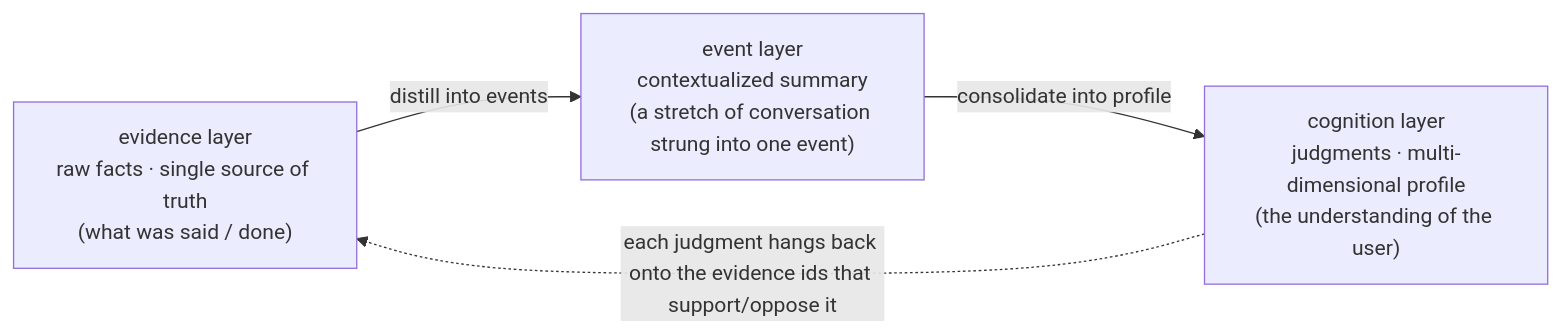
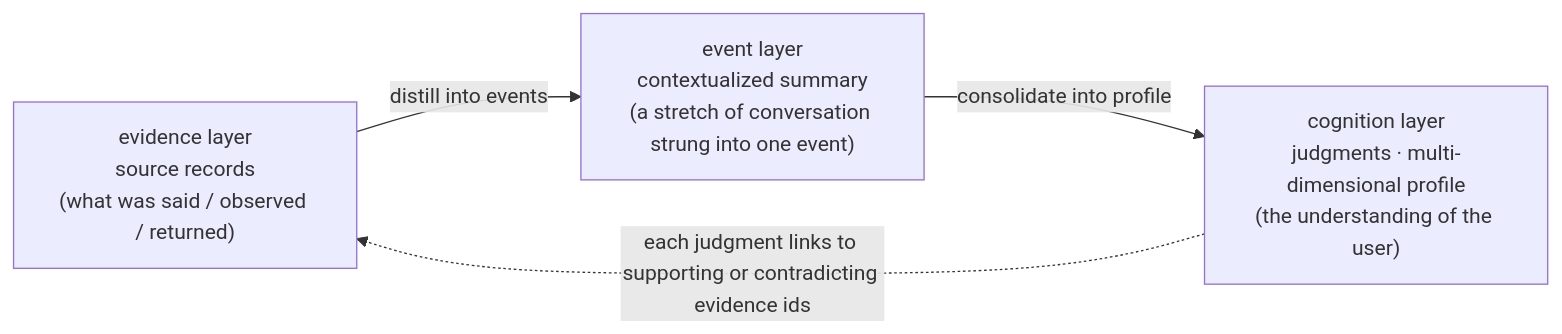
One commit to kestercarroll702-gif/memoweft changed the first of 4 diagrams in docs/internals/architecture.md. Above: the diagram before and after it, drawn with Mermaid. The commit also changed other lines of this file and 480 other files, not shown here.

````diff
--- a/docs/internals/architecture.md
+++ b/docs/internals/architecture.md
@@ -30,9 +30,9 @@
 ```mermaid
 flowchart LR
-  E["evidence layer<br/>raw facts · single source of truth<br/>(what was said / done)"]
+  E["evidence layer<br/>source records<br/>(what was said / observed / returned)"]
   V["event layer<br/>contextualized summary<br/>(a stretch of conversation strung into one event)"]
   C["cognition layer<br/>judgments · multi-dimensional profile<br/>(the understanding of the user)"]
   E -->|"distill into events"| V
   V -->|"consolidate into profile"| C
-  C -.->|"each judgment hangs back onto the evidence ids that support/oppose it"| E
+  C -.->|"each judgment links to supporting or contradicting evidence ids"| E
 ```
````
